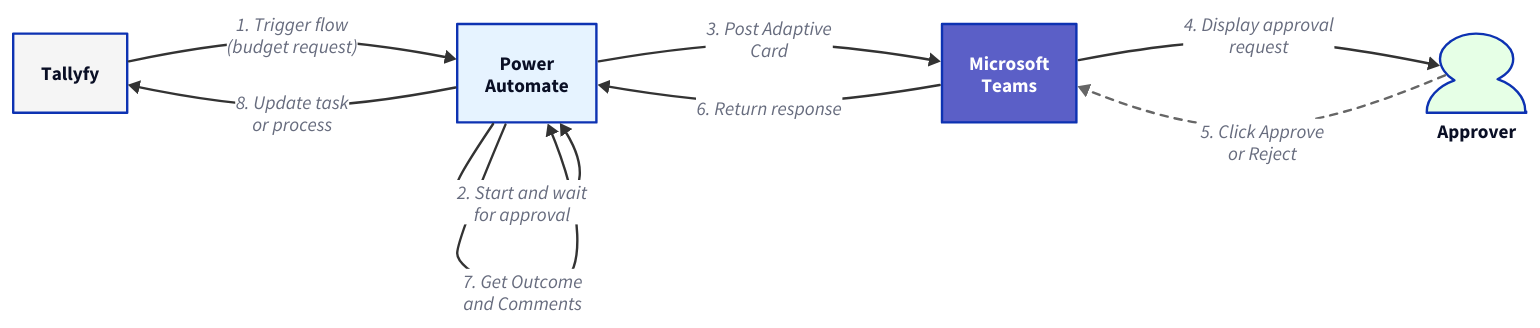
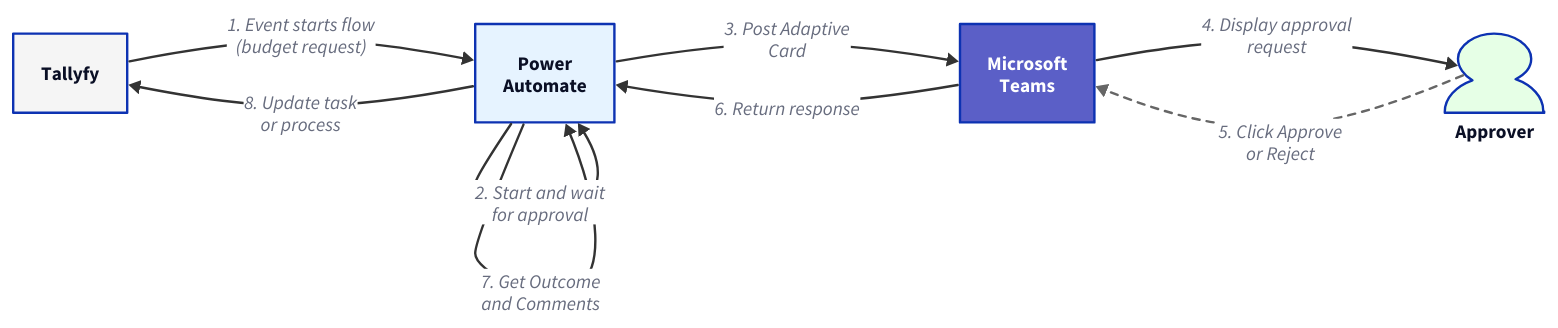
Before and after one commit to tallyfy/documentation: the diagram in src/content/docs/pro/integrations/middleware/power-automate/integrating-power-automate-approvals-with-microsoft-teams.mdx, drawn with D2. The commit also changed other lines of this file and 414 other files, not shown here.

````diff
--- a/src/content/docs/pro/integrations/middleware/power-automate/integrating-power-automate-approvals-with-microsoft-teams.mdx
+++ b/src/content/docs/pro/integrations/middleware/power-automate/integrating-power-automate-approvals-with-microsoft-teams.mdx
@@ -84,60 +74,60 @@
 ```d2
 direction: right
 
 Tallyfy: "Tallyfy" {
   shape: rectangle
   style.fill: "#f5f5f5"
 }
 
 PA: "Power\nAutomate" {
   shape: rectangle
   style.fill: "#e6f3ff"
 }
 
 Teams: "Microsoft\nTeams" {
   shape: rectangle
   style.fill: "#5b5fc7"
   style.font-color: "#fff"
 }
 
 Approver: "Approver" {
   shape: person
   style.fill: "#e6ffe6"
 }
 
 # Budget Approval Request Flow
-Tallyfy -> PA: "1. Trigger flow\n(budget request)" {
+Tallyfy -> PA: "1. Event starts flow\n(budget request)" {
   style.stroke: "#333"
 }
 
 PA -> PA: "2. Start and wait\nfor approval" {
   style.stroke: "#333"
 }
 
 PA -> Teams: "3. Post Adaptive\nCard" {
   style.stroke: "#333"
 }
 
 Teams -> Approver: "4. Display approval\nrequest" {
   style.stroke: "#333"
 }
 
 # Flow paused waiting for response
 Approver -> Teams: "5. Click Approve\nor Reject" {
   style.stroke: "#666"
   style.stroke-dash: 3
 }
 
 Teams -> PA: "6. Return response" {
   style.stroke: "#333"
 }
 
 PA -> PA: "7. Get Outcome\nand Comments" {
   style.stroke: "#333"
 }
 
 PA -> Tallyfy: "8. Update task\nor process" {
   style.stroke: "#333"
   style.stroke-width: 2
 }
 ```
````
